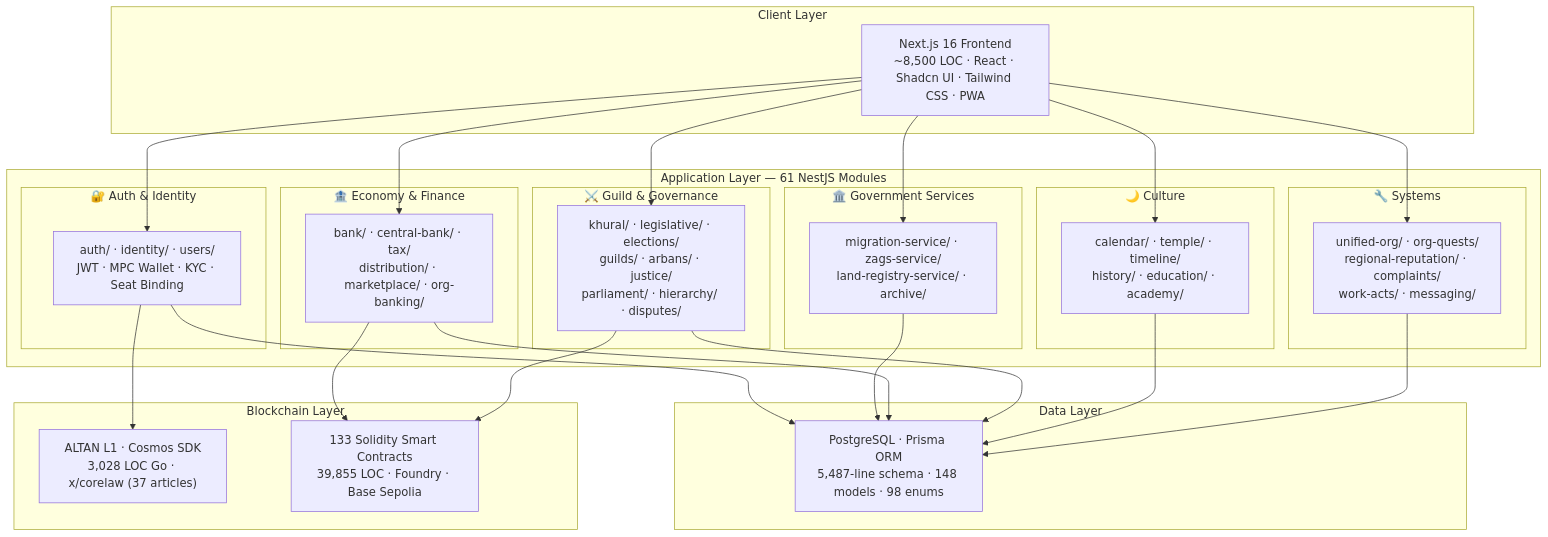
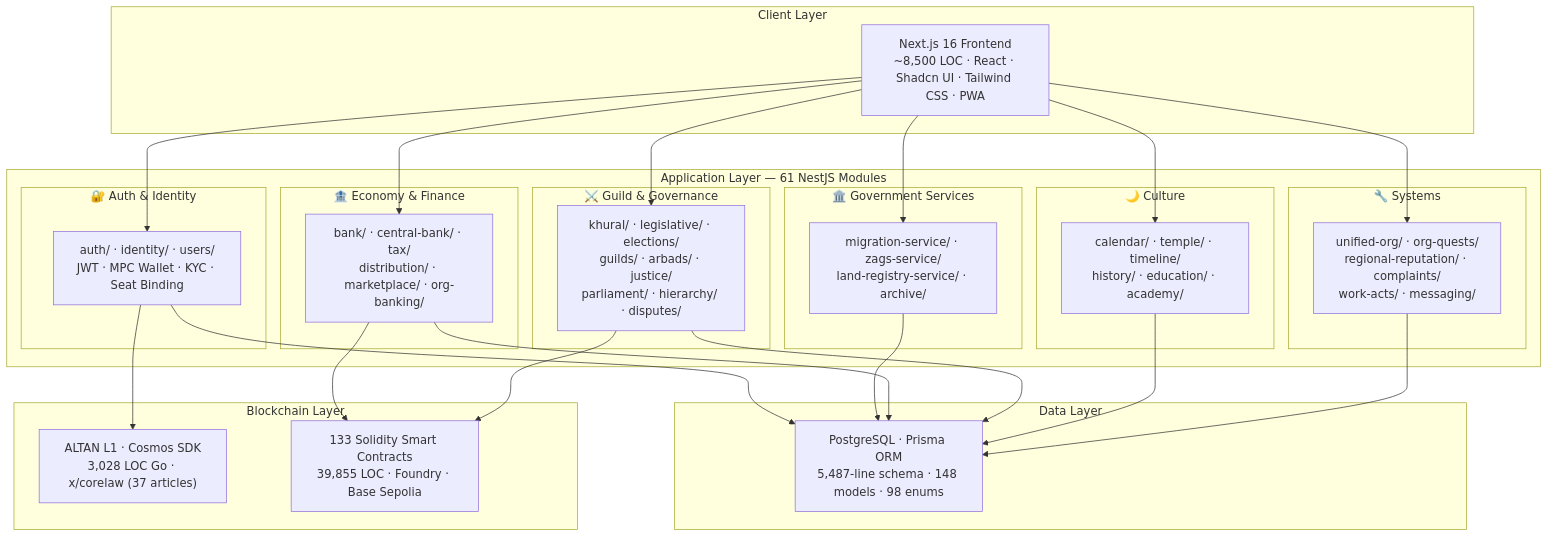
One commit to Khongirad/INOMAD changed the first of 3 diagrams in README.md. Above: the diagram before and after it, drawn with Mermaid. The commit also changed other lines of this file and 217 other files, not shown here.

````diff
--- a/README.md
+++ b/README.md
@@ -48,52 +48,52 @@
 ```mermaid
 graph TB
     subgraph "Client Layer"
         FE["Next.js 16 Frontend<br/>~8,500 LOC · React · Shadcn UI · Tailwind CSS · PWA"]
     end
 
     subgraph "Application Layer — 61 NestJS Modules"
         subgraph "🔐 Auth & Identity"
             AUTH["auth/ · identity/ · users/<br/>JWT · MPC Wallet · KYC · Seat Binding"]
         end
         subgraph "🏛️ Government Services"
             GOV["migration-service/ · zags-service/<br/>land-registry-service/ · archive/"]
         end
         subgraph "🏦 Economy & Finance"
             ECON["bank/ · central-bank/ · tax/<br/>distribution/ · marketplace/ · org-banking/"]
         end
         subgraph "⚔️ Guild & Governance"
-            GUILD["khural/ · legislative/ · elections/<br/>guilds/ · arbans/ · justice/<br/>parliament/ · hierarchy/ · disputes/"]
+            GUILD["khural/ · legislative/ · elections/<br/>guilds/ · arbads/ · justice/<br/>parliament/ · hierarchy/ · disputes/"]
         end
         subgraph "🌙 Culture"
             CULT["calendar/ · temple/ · timeline/<br/>history/ · education/ · academy/"]
         end
         subgraph "🔧 Systems"
             SYS["unified-org/ · org-quests/<br/>regional-reputation/ · complaints/<br/>work-acts/ · messaging/"]
         end
     end
 
     subgraph "Data Layer"
         DB["PostgreSQL · Prisma ORM<br/>5,487-line schema · 148 models · 98 enums"]
     end
 
     subgraph "Blockchain Layer"
         L1["ALTAN L1 · Cosmos SDK<br/>3,028 LOC Go · x/corelaw (37 articles)"]
         SC["133 Solidity Smart Contracts<br/>39,855 LOC · Foundry · Base Sepolia"]
     end
 
     FE --> AUTH
     FE --> GOV
     FE --> ECON
     FE --> GUILD
     FE --> CULT
     FE --> SYS
     AUTH --> DB
     GOV --> DB
     ECON --> DB
     GUILD --> DB
     CULT --> DB
     SYS --> DB
     ECON --> SC
     GUILD --> SC
     AUTH --> L1
 ```
````
